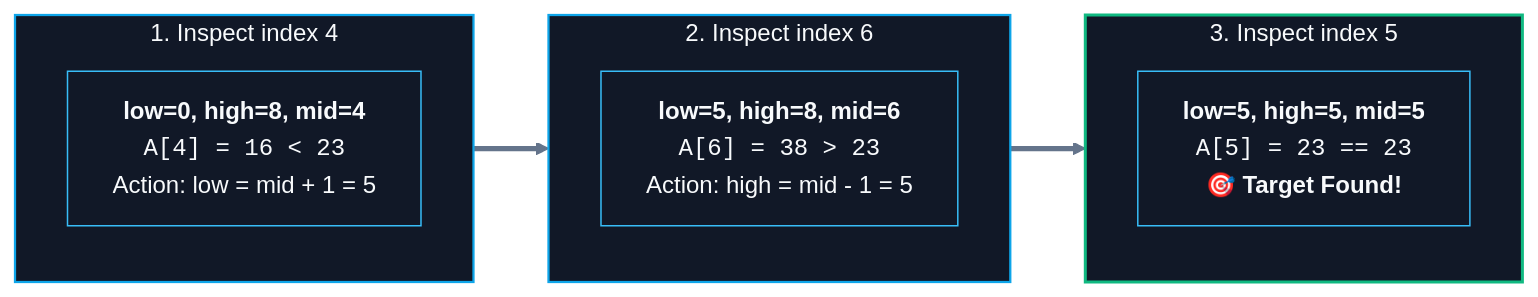
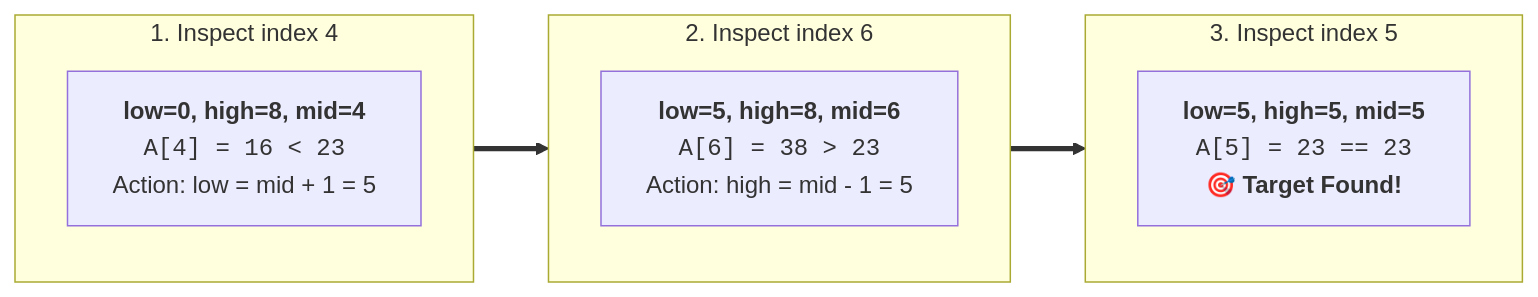
One commit to abhinavbharti2345/CS_Notes changed the second of 3 diagrams in CS/DSA/02. Binary Search/Binary Search.md. Above: the diagram before and after it, drawn with Mermaid. The commit also changed other lines of this file and 91 other files, not shown here.

````diff
--- a/CS/DSA/02. Binary Search/Binary Search.md
+++ b/CS/DSA/02. Binary Search/Binary Search.md
@@ -108,25 +107,23 @@
 ```mermaid
-%%{init: {'theme': 'base', 'themeVariables': { 'darkMode': true, 'background': '#0B0F14', 'mainBkg': '#111827', 'primaryColor': '#111827', 'primaryTextColor': '#F8FAFC', 'primaryBorderColor': '#38BDF8', 'lineColor': '#64748B', 'secondaryColor': '#0B0F14', 'tertiaryColor': '#0B0F14', 'clusterBkg': '#0B0F14', 'clusterBorder': '#38BDF8' }}}%%
 flowchart LR
     subgraph Step1 ["1. Inspect index 4"]
         direction TB
         S1A["<b>low=0, high=8, mid=4</b><br/><code>A[4] = 16 < 23</code><br/>Action: low = mid + 1 = 5"]
     end
 
     subgraph Step2 ["2. Inspect index 6"]
         direction TB
         S2A["<b>low=5, high=8, mid=6</b><br/><code>A[6] = 38 > 23</code><br/>Action: high = mid - 1 = 5"]
     end
 
     subgraph Step3 ["3. Inspect index 5"]
         direction TB
         S3A["<b>low=5, high=5, mid=5</b><br/><code>A[5] = 23 == 23</code><br/><b>🎯 Target Found!</b>"]
     end
 
     Step1 ==> Step2 ==> Step3
 
-    classDef stepCard fill:#111827,stroke:#0ea5e9,stroke-width:1.5px,color:#F8FAFC;
-    classDef foundCard fill:#111827,stroke:#10b981,stroke-width:2px,color:#F8FAFC;
-    class Step1,Step2 stepCard;
-    class Step3 foundCard;
+    classDef stepCard stroke:#0ea5e9,stroke-width:1.5px;
+    classDef foundCard stroke:#10b981,stroke-width:2px;
+;
 ```
````
